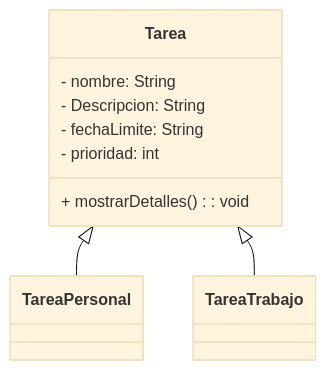
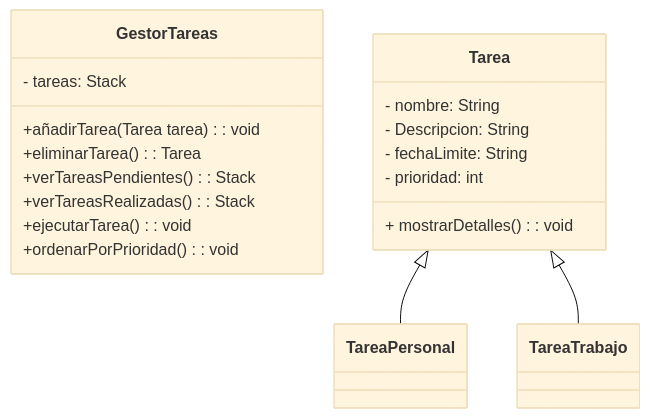
Before and after one commit to rifi45/Gestor-Tareas: the first of 2 diagrams in README.md, drawn with Mermaid (base theme). The commit also changed other lines of this file and 10 other files, not shown here.

````diff
--- a/README.md
+++ b/README.md
@@ -8,23 +8,32 @@
 ```mermaid
 classDiagram
+    class GestorTareas {
+        - tareas: Stack<Tarea>
+        +añadirTarea(Tarea tarea) : void
+        +eliminarTarea() : Tarea
+        +verTareasPendientes(): Stack<Tarea>
+        +verTareasRealizadas(): Stack<Tarea>
+        +ejecutarTarea(): void
+        +ordenarPorPrioridad(): void
+    }
     class Tarea {
         - nombre: String
         - Descripcion: String
         - fechaLimite: String
         - prioridad: int
         + mostrarDetalles(): void
     }
 
     class TareaPersonal {
        
     }
 
     class TareaTrabajo {
         
     }
 
     Tarea <|-- TareaPersonal
     Tarea <|-- TareaTrabajo
 
 
 ```
````
